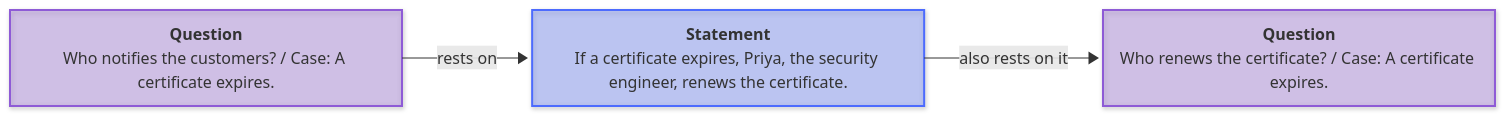
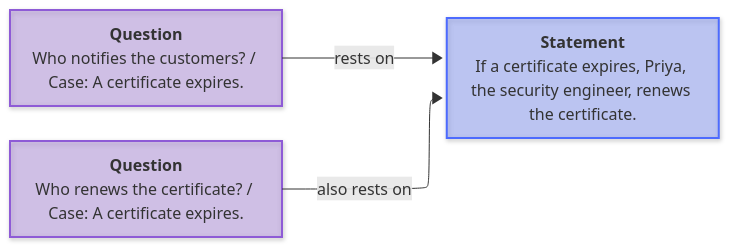
One commit to mirzahusadzic/tendora changed the fifth of 5 diagrams in docs/demo.md. Above: the diagram before and after it, drawn with Mermaid. The commit also changed other lines of this file and 2 other files, not shown here.

First line of the commit message:
docs: diagrams that branch instead of running in one long line

````diff
--- a/docs/demo.md
+++ b/docs/demo.md
@@ -325,46 +325,46 @@
 ```mermaid
 ---
 config:
     layout: elk
     look: neo
     flowchart:
-        wrappingWidth: 360
+        wrappingWidth: 240
     themeCSS: >-
         foreignObject { overflow: visible; }
         .edgeLabel, .edgeLabel p, .edgeLabel span {
         background: transparent !important; }
         .edgeLabel rect { fill: transparent !important; }
         .labelBkg { --knock: var(--vscode-editor-background,
         var(--bgColor-default, rgb(from currentColor
         clamp(30, (128 - r) * 100, 255) clamp(30, (128 - r) * 100, 255)
         clamp(30, (128 - r) * 100, 255)))); --ring: var(--knock);
         --fill: color-mix(in srgb, var(--ring) 30%, var(--knock));
         background: var(--fill) !important; border-radius: 4px;
         box-shadow: 0 0 0 5px var(--fill), 0 0 0 7px var(--ring); }
         .label[data-id^="L_Q_"] .labelBkg { --ring: #4d6bfe; }
-        .label[data-id^="L_T"] .labelBkg { --ring: #8e5bd6; }
+        .label[data-id^="L_O"] .labelBkg { --ring: #4d6bfe; }
         .edgeLabel p, .edgeLabel span, .edgeLabel text {
         --halo: var(--fill, var(--vscode-editor-background,
         var(--bgColor-default,
         rgb(from currentColor clamp(0, (128 - r) * 100, 255)
         clamp(0, (128 - r) * 100, 255) clamp(0, (128 - r) * 100, 255)))));
         text-shadow: 1px 0 var(--halo), -1px 0 var(--halo),
         0 1px var(--halo), 0 -1px var(--halo), 1px 1px var(--halo),
         -1px -1px var(--halo), 1px -1px var(--halo), -1px 1px var(--halo),
         0 0 3px var(--halo), 0 0 4px var(--halo); }
 ---
 flowchart LR
     Q["<b>Question</b><br/>Who notifies the customers? / Case: A certificate expires."]
+    O0["<b>Question</b><br/>Who renews the certificate? / Case: A certificate expires."]
     T0["<b>Statement</b><br/>If a certificate expires, Priya, the security engineer, renews the certificate."]
-    O0["<b>Question</b><br/>Who renews the certificate? / Case: A certificate expires."]
 
     Q -->|"rests on"| T0
-    T0 -->|"also rests on it"| O0
+    O0 -->|"also rests on"| T0
     class Q,O0 person
     class T0 kept
     classDef default fill:#8a96a82e,stroke:#8a96a8,stroke-width:1px
     classDef person fill:#8e5bd64d,stroke:#8e5bd6,stroke-width:2px
     classDef kept fill:#4d6bfe4d,stroke:#4d6bfe,stroke-width:2px
     classDef engine fill:#2e9e5b4d,stroke:#2e9e5b,stroke-width:2px
     classDef open fill:#8a96a814,stroke:#8a96a8,stroke-width:2px,stroke-dasharray:6 4
 ```
````
